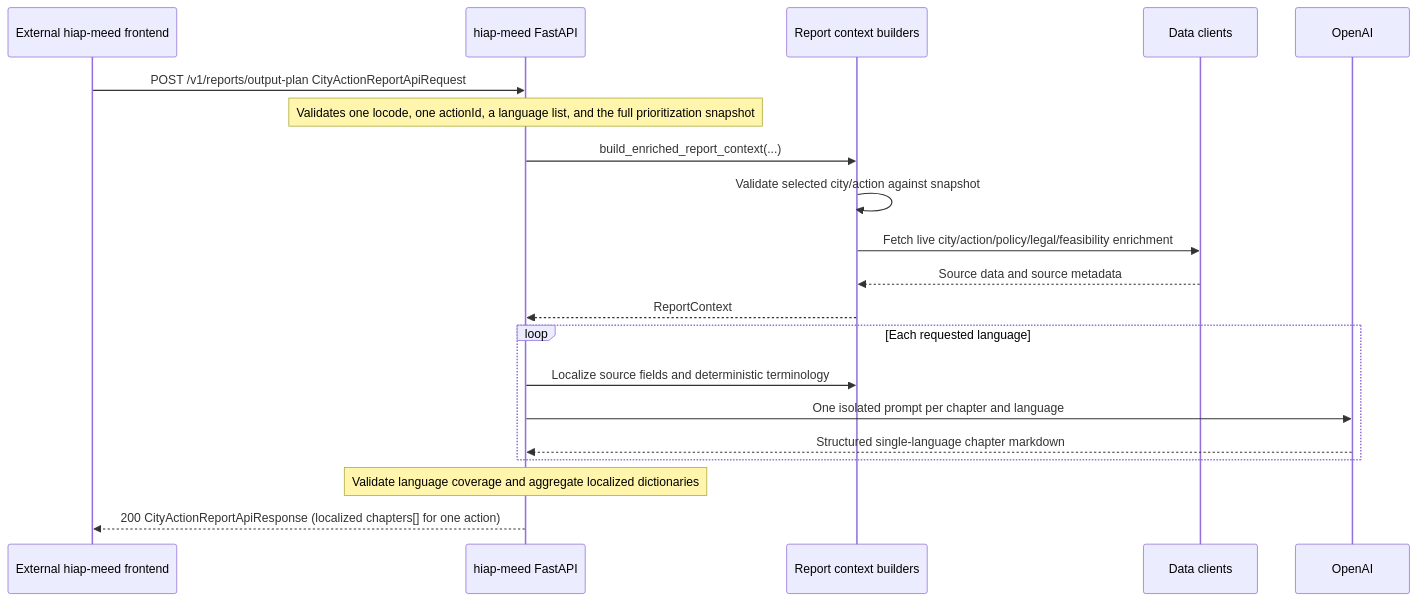
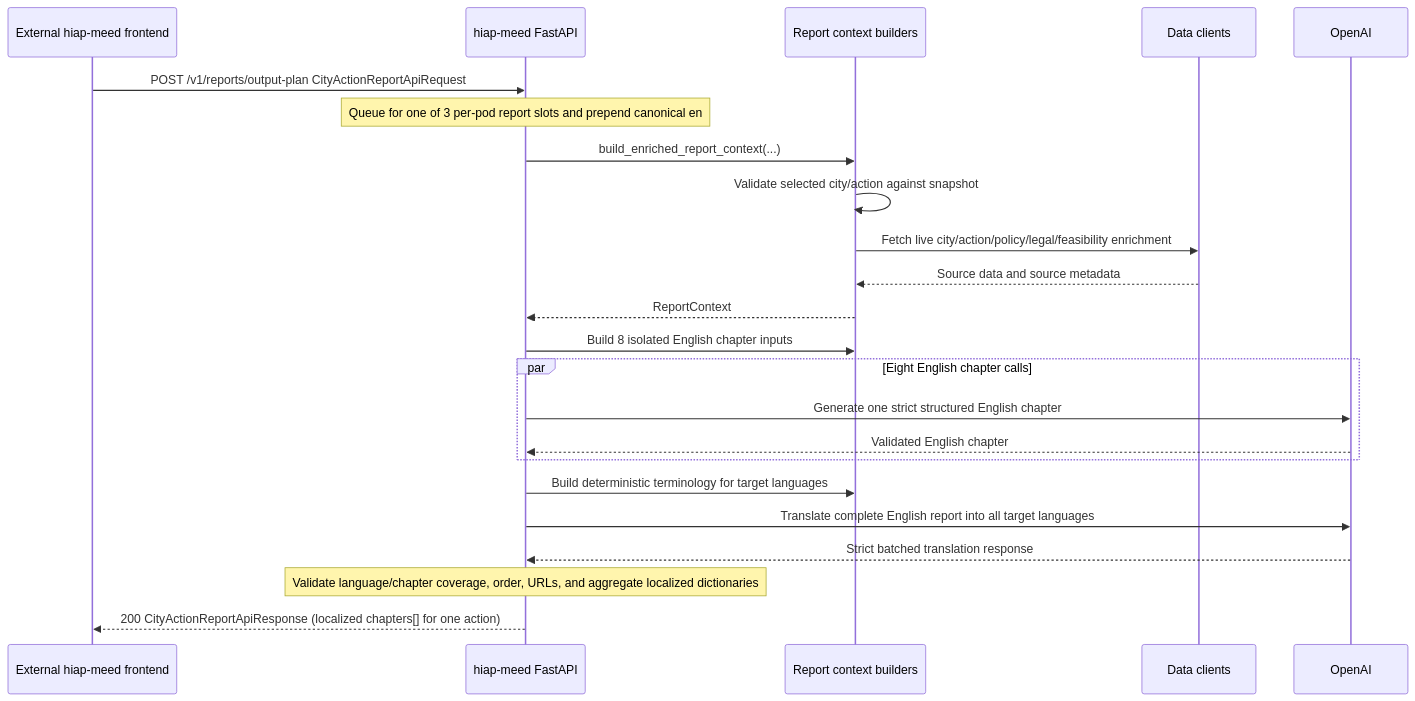
Before and after one commit to Open-Earth-Foundation/CityCatalyst: the fourth of 4 diagrams in hiap-meed/docs/service-architecture.md, drawn with Mermaid. The commit also changed other lines of this file and 18 other files, not shown here.

Commit message:
feat: parallelize plan creation llm calls

````diff
--- a/hiap-meed/docs/service-architecture.md
+++ b/hiap-meed/docs/service-architecture.md
@@ -135,23 +141,26 @@
 ```mermaid
 sequenceDiagram
     participant FE as External hiap-meed frontend
     participant API as hiap-meed FastAPI
     participant Context as Report context builders
     participant Clients as Data clients
     participant LLM as OpenAI
 
     FE->>API: POST /v1/reports/output-plan CityActionReportApiRequest
-    Note over API: Validates one locode, one actionId, a language list, and the full prioritization snapshot
+    Note over API: Queue for one of 3 per-pod report slots and prepend canonical en
     API->>Context: build_enriched_report_context(...)
     Context->>Context: Validate selected city/action against snapshot
     Context->>Clients: Fetch live city/action/policy/legal/feasibility enrichment
     Clients-->>Context: Source data and source metadata
     Context-->>API: ReportContext
-    loop Each requested language
-        API->>Context: Localize source fields and deterministic terminology
-        API->>LLM: One isolated prompt per chapter and language
-        LLM-->>API: Structured single-language chapter markdown
+    API->>Context: Build 8 isolated English chapter inputs
+    par Eight English chapter calls
+        API->>LLM: Generate one strict structured English chapter
+        LLM-->>API: Validated English chapter
     end
-    Note over API: Validate language coverage and aggregate localized dictionaries
+    API->>Context: Build deterministic terminology for target languages
+    API->>LLM: Translate complete English report into all target languages
+    LLM-->>API: Strict batched translation response
+    Note over API: Validate language/chapter coverage, order, URLs, and aggregate localized dictionaries
     API-->>FE: 200 CityActionReportApiResponse (localized chapters[] for one action)
 ```
````
